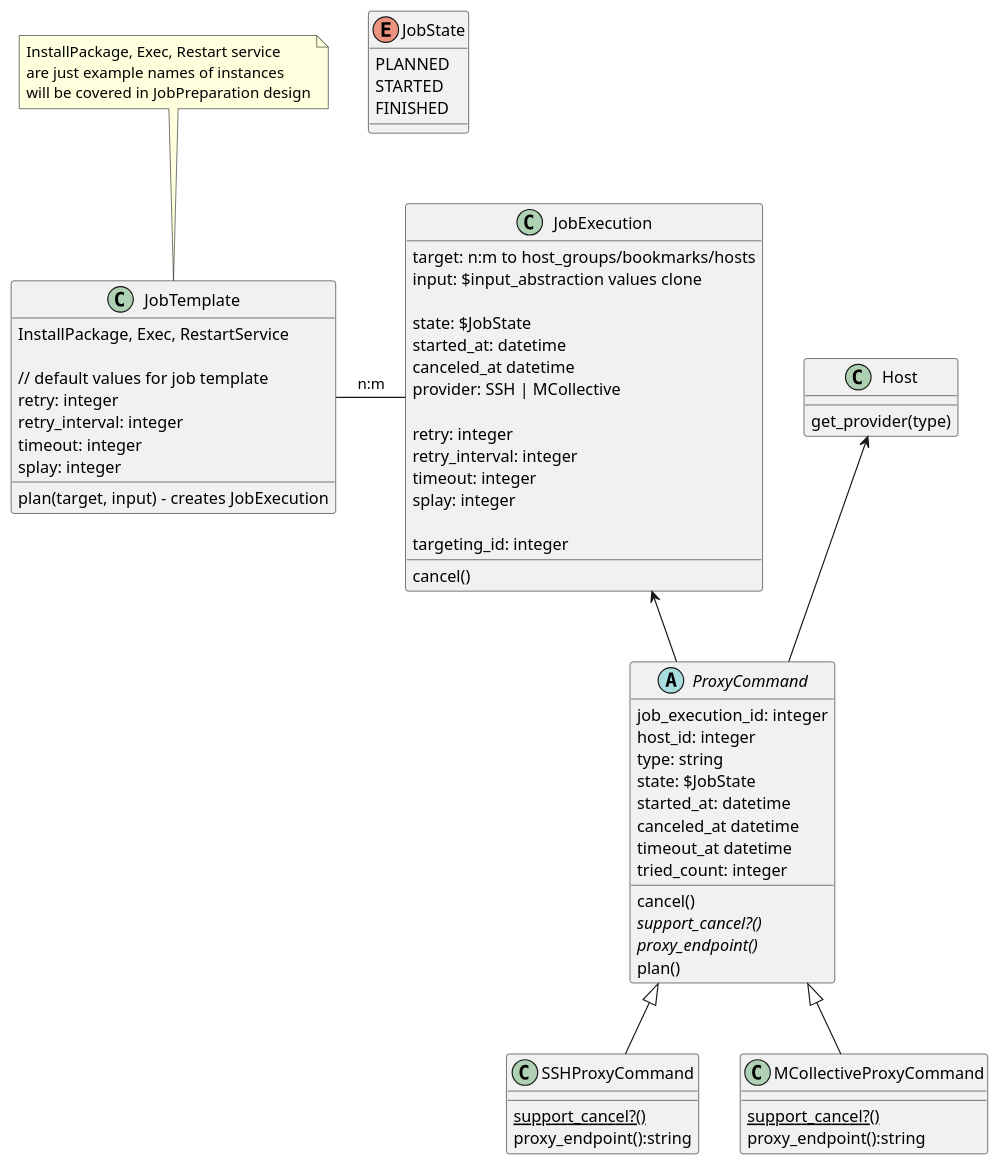
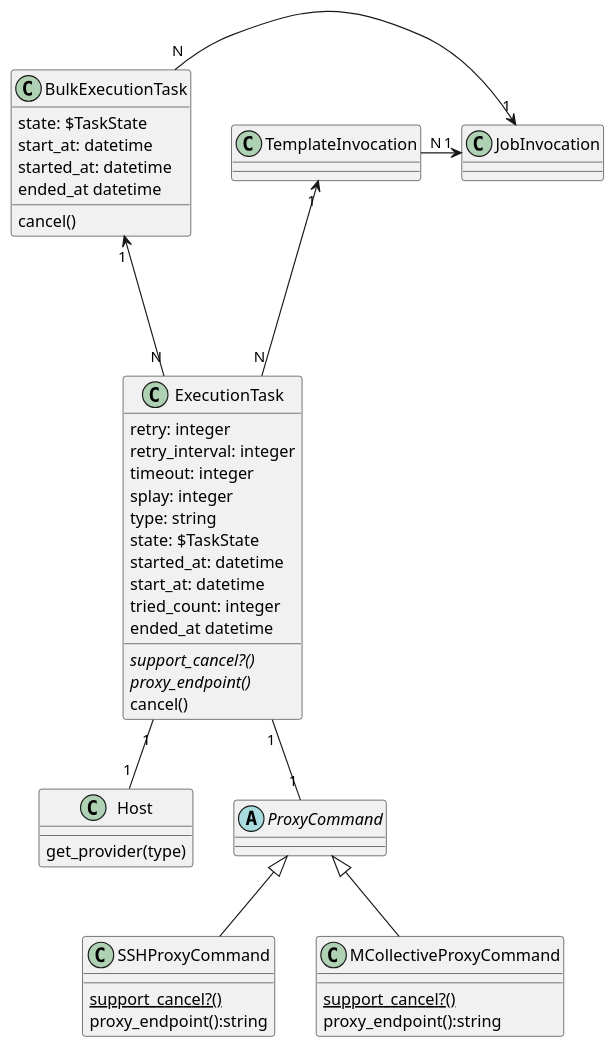
One commit to theforeman/foreman_remote_execution changed the eighth of 9 diagrams in doc/source/design/index.md. Above: the diagram before and after it, drawn with PlantUML. The commit also changed other lines of this file, not shown here.

Commit message:
Refined job execution design

```diff
--- a/doc/source/design/index.md
+++ b/doc/source/design/index.md
@@ -630,77 +686,55 @@
 {% plantuml %}
 
-class JobTemplate {
-  InstallPackage, Exec, RestartService
-
-  // default values for job template
-  retry: integer
-  retry_interval: integer
-  timeout: integer
-  splay: integer
-
-  plan(target, input) - creates JobExecution
-}
-note top of JobTemplate: InstallPackage, Exec, Restart service\nare just example names of instances\nwill be covered in JobPreparation design
 
 class Host {
   get_provider(type)
 }
 
-class JobExecution {
-  target: n:m to host_groups/bookmarks/hosts
-  input: $input_abstraction values clone
+class BulkExecutionTask {
+  state: $TaskState
+  start_at: datetime
+  started_at: datetime
+  ended_at datetime
+  cancel()
+}
 
-  state: $JobState
-  started_at: datetime
-  canceled_at datetime
-  provider: SSH | MCollective
-
+class ExecutionTask {
   retry: integer
   retry_interval: integer
   timeout: integer
   splay: integer
-
-  targeting_id: integer
-
+  type: string
+  state: $TaskState
+  started_at: datetime
+  start_at: datetime
+  tried_count: integer
+  ended_at datetime
+  {abstract} support_cancel?()
+  {abstract} proxy_endpoint()
   cancel()
 }
 
 abstract class ProxyCommand {
-  job_execution_id: integer
-  host_id: integer
-  type: string
-  state: $JobState
-  started_at: datetime
-  canceled_at datetime
-  timeout_at datetime
-  tried_count: integer
-  cancel()
-  {abstract} support_cancel?()
-  {abstract} proxy_endpoint()
-  plan()
 }
 
 class SSHProxyCommand {
   {static} support_cancel?()
   proxy_endpoint():string
 }
 
 class MCollectiveProxyCommand {
   {static} support_cancel?()
   proxy_endpoint():string
 }
 
-enum JobState {
-PLANNED
-STARTED
-FINISHED
-}
-
-JobTemplate - JobExecution : n:m
-JobExecution <-- ProxyCommand
-Host <-- ProxyCommand
+BulkExecutionTask "N" -> "1" JobInvocation
+BulkExecutionTask "1" <-- "N" ExecutionTask
+TemplateInvocation "N" -> "1" JobInvocation
+TemplateInvocation "1" <--- "N" ExecutionTask
+ExecutionTask "1" -- "1" ProxyCommand
+ExecutionTask "1" -- "1" Host
 
 ProxyCommand <|-- SSHProxyCommand
 ProxyCommand <|-- MCollectiveProxyCommand
 
 {% endplantuml %}
```
